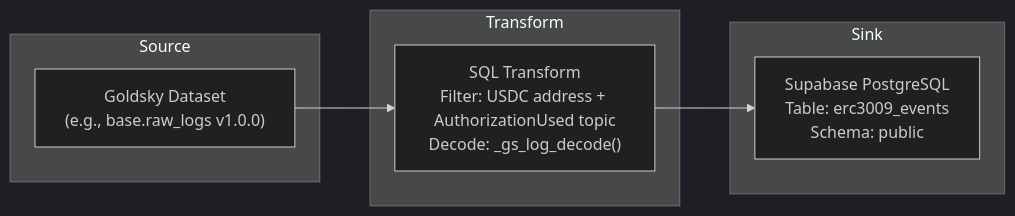
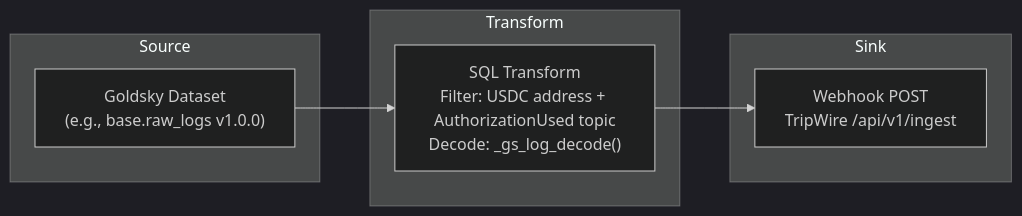
One commit to sonu96/TripWire changed the third of 10 diagrams in docs/architecture/overview.md. Above: the diagram before and after it, drawn with Mermaid (dark theme). The commit also changed other lines of this file and 23 other files, not shown here.

````diff
--- a/docs/architecture/overview.md
+++ b/docs/architecture/overview.md
@@ -224,13 +219,13 @@
 ```mermaid
 graph LR
     subgraph Source
         DS["Goldsky Dataset<br/>(e.g., base.raw_logs v1.0.0)"]
     end
     subgraph Transform
         SQL["SQL Transform<br/>Filter: USDC address + AuthorizationUsed topic<br/>Decode: _gs_log_decode()"]
     end
     subgraph Sink
-        PG["Supabase PostgreSQL<br/>Table: erc3009_events<br/>Schema: public"]
+        WH["Webhook POST<br/>TripWire /api/v1/ingest"]
     end
-    DS --> SQL --> PG
+    DS --> SQL --> WH
 ```
````
